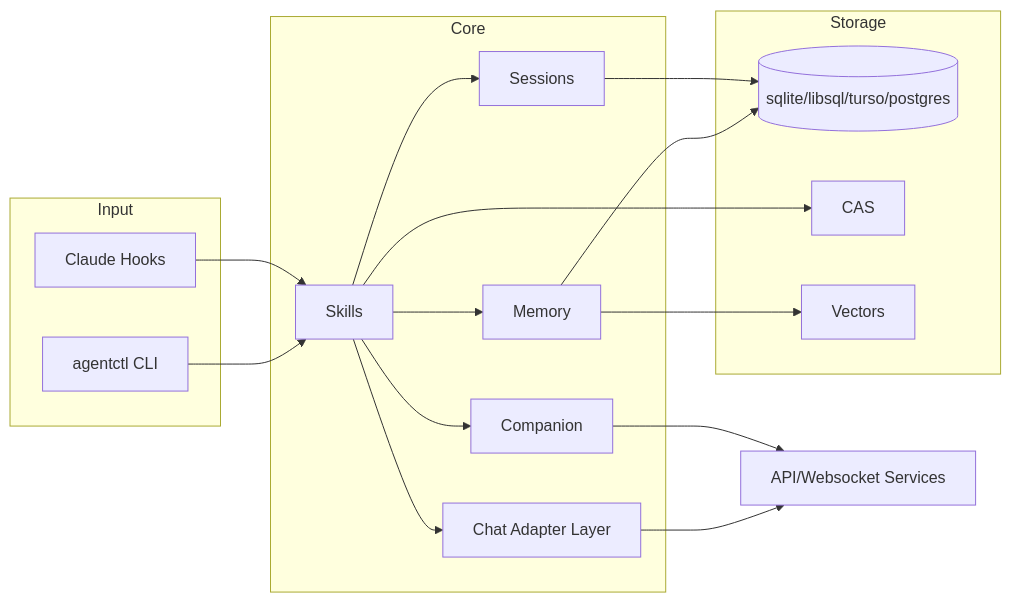
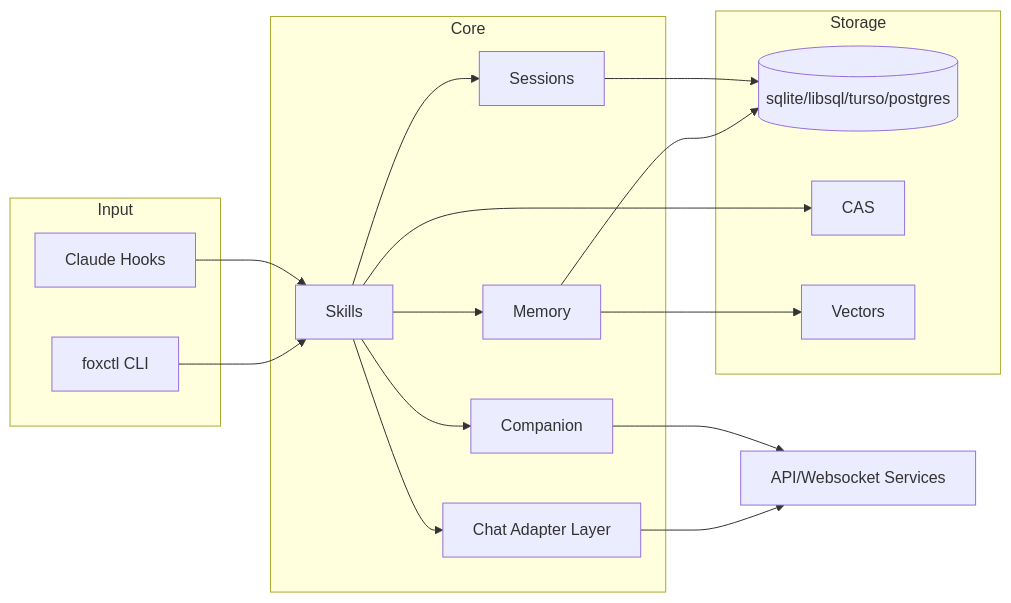
The diagram in AGENTS.md (joshka0/foxctl), drawn with Mermaid before and after one commit. The commit also changed other lines of this file and 2567 other files, not shown here.

Commit message:
Rename agentctl to foxctl

````diff
--- a/AGENTS.md
+++ b/AGENTS.md
@@ -290,34 +290,34 @@
 ```mermaid
 flowchart LR
     subgraph Input
-        CLI[agentctl CLI]
+        CLI[foxctl CLI]
         HOOK[Claude Hooks]
     end
 
     subgraph Core
         SKILL[Skills]
         MEM[Memory]
         SESS[Sessions]
         CHAT[Chat Adapter Layer]
         COMPANION[Companion]
     end
 
     subgraph Storage
         DB[(sqlite/libsql/turso/postgres)]
         CAS[CAS]
         VEC[Vectors]
     end
 
     CLI --> SKILL
     HOOK --> SKILL
     SKILL --> MEM
     SKILL --> SESS
     SKILL --> CHAT
     SKILL --> COMPANION
     MEM --> DB
     MEM --> VEC
     SESS --> DB
     CHAT --> SVC[API/Websocket Services]
     COMPANION --> SVC
     SKILL --> CAS
 ```
````
